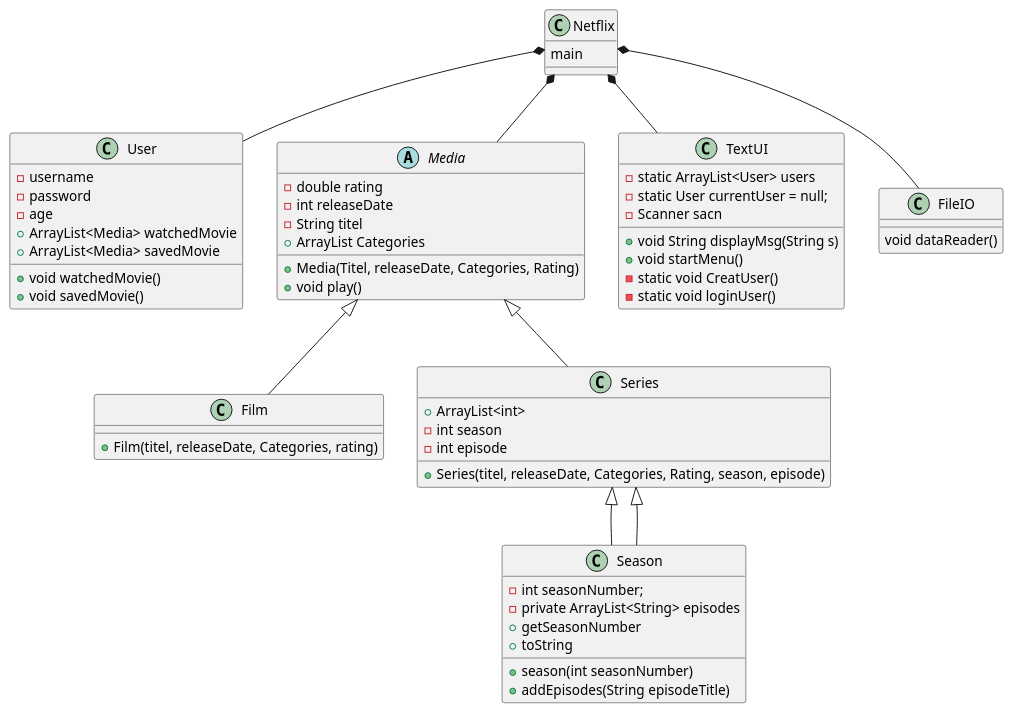
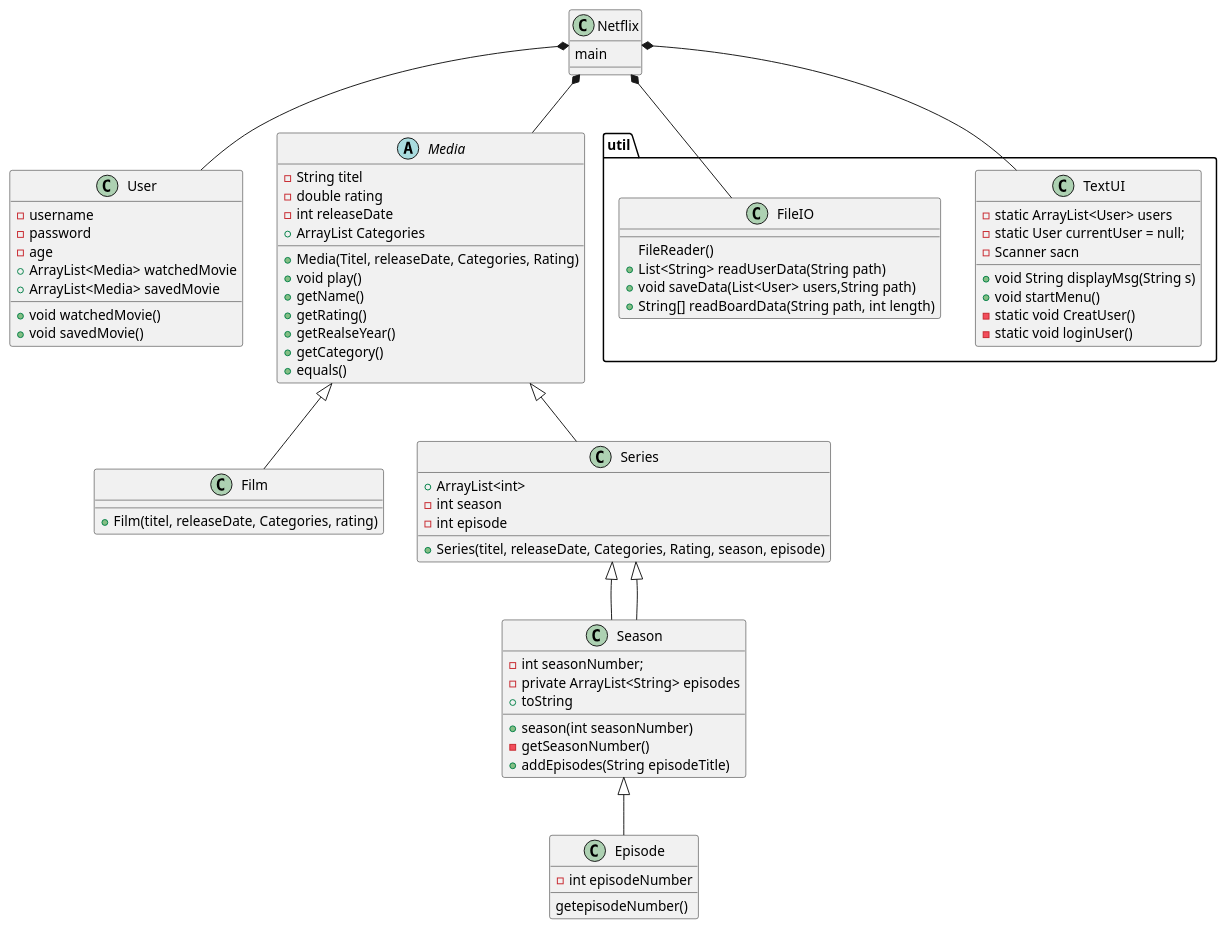
The diagram in .idea/UML/Netflix.puml (MariamE04/SP3), drawn with PlantUML before and after one commit.

Commit message:
ændring i classdiagram i fileIO

```diff
--- a/.idea/UML/Netflix.puml
+++ b/.idea/UML/Netflix.puml
@@ -1,64 +1,80 @@
 @startuml
 'https://plantuml.com/class-diagram
 
 class Netflix{
 main
 }
 class User{
 - username
 - password
 - age
 + ArrayList<Media> watchedMovie
 + ArrayList<Media> savedMovie
 + void watchedMovie()
 + void savedMovie()
  }
 
 abstract class Media{
+-String titel
 -double rating
 -int releaseDate
- -String titel
  +ArrayList Categories
  +Media(Titel, releaseDate, Categories, Rating)
  + void play()
+ +getName()
+ +getRating()
+ +getRealseYear()
+ +getCategory()
+ +equals()
 
 }
 class Film{
 +Film(titel, releaseDate, Categories, rating)
 }
 class Series {
 + ArrayList<int>
 -int season
 -int episode
 +Series(titel, releaseDate, Categories, Rating, season, episode)
 }
 class Season extends Series{
 -int seasonNumber;
 -private ArrayList<String> episodes
 +season(int seasonNumber)
-+getSeasonNumber
+-getSeasonNumber()
 +addEpisodes(String episodeTitle)
 +toString
 }
 
+class Episode{
+-int episodeNumber
+getepisodeNumber()
+
+}
+package "util"{
 class TextUI{
 -static ArrayList<User> users
 -static User currentUser = null;
 -Scanner sacn
 + void String displayMsg(String s)
 +void startMenu()
 -static void CreatUser()
 -static void loginUser()
 }
 class FileIO{
-void dataReader()
+FileReader()
++List<String> readUserData(String path)
++void saveData(List<User> users,String path)
++String[] readBoardData(String path, int length)
+    }
 }
 
 Netflix *-- User
 Netflix *-- Media
 Media <|-- Film
 Media <|-- Series
 Series <|-- Season
+Season <|-- Episode
 Netflix *-- FileIO
 Netflix *-- TextUI
 @enduml
```
